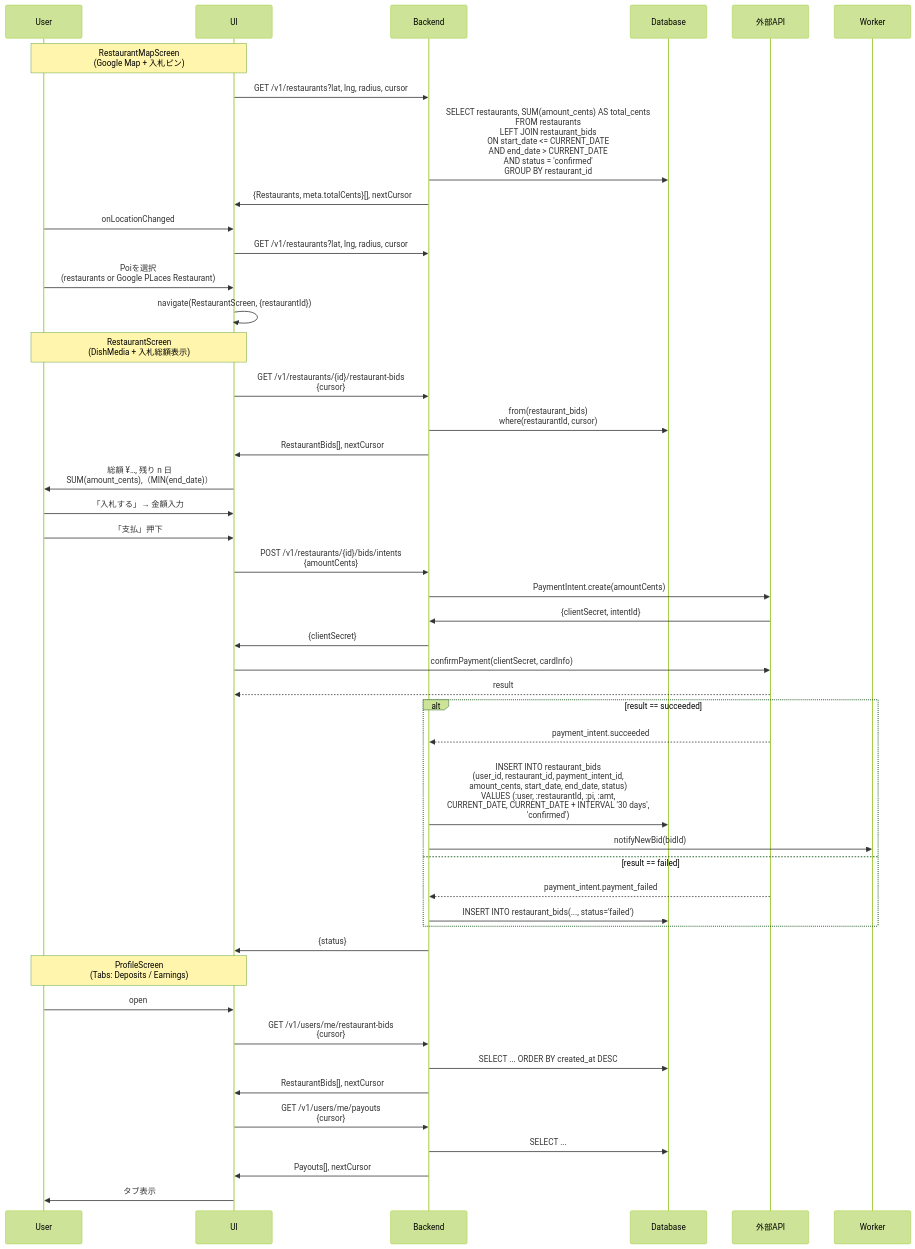
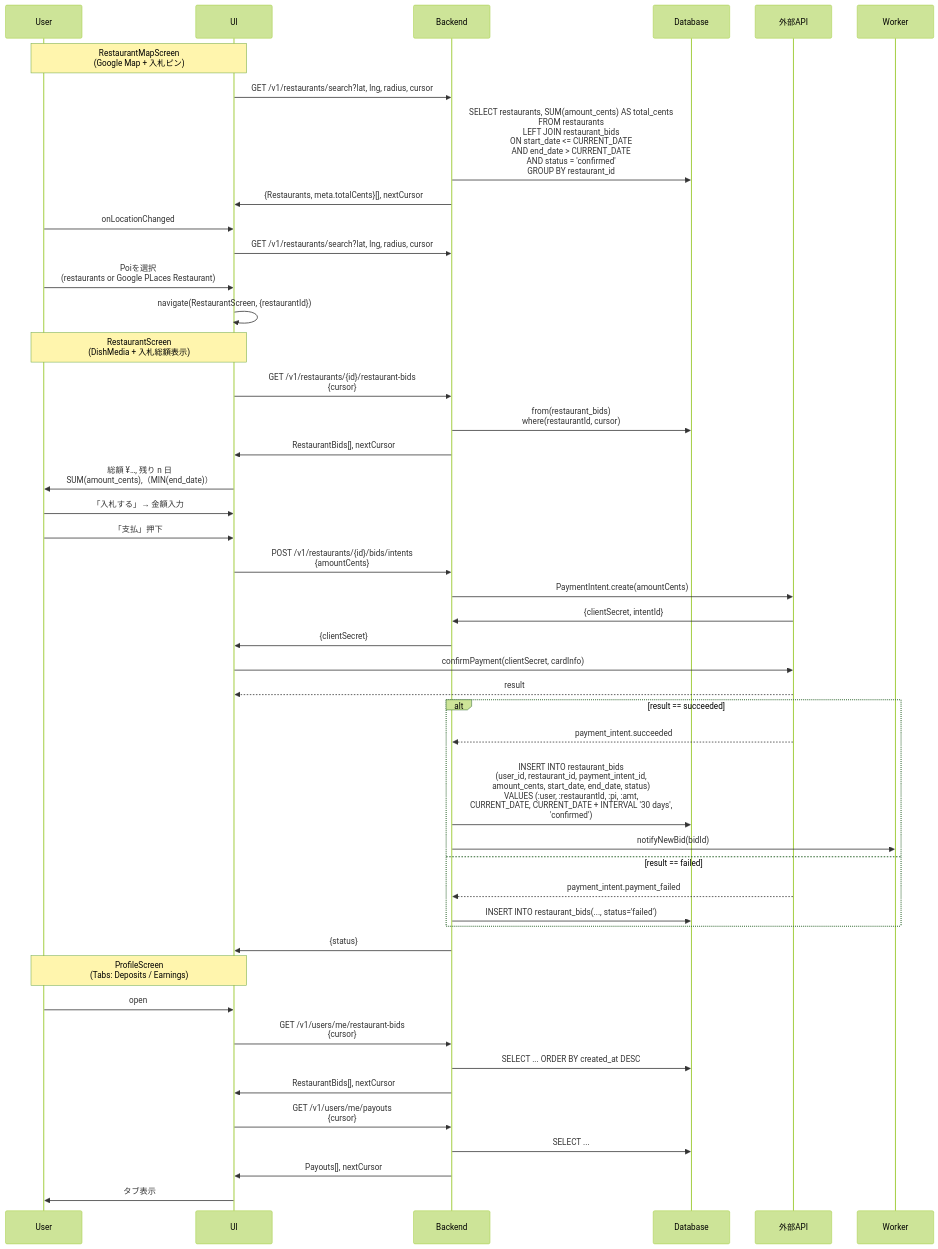
Before and after one commit to Ayato-kosaka/nanitabeyo: the diagram in docs/sequence/ads_bidding.mmd, drawn with Mermaid (forest theme). The commit also changed 3 other files, not shown here.

```diff
--- a/docs/sequence/ads_bidding.mmd
+++ b/docs/sequence/ads_bidding.mmd
@@ -1,57 +1,57 @@
 sequenceDiagram
     participant User
     participant UI
     participant Backend
     participant Database
     %% (Stripe / Google Places)
     participant ExternalAPI as 外部API  
     %% BullMQ / queue
     participant Worker     
 %% ─────────────────────────────────────────────────────────────────────────
     Note over User,UI: RestaurantMapScreen<br>(Google Map + 入札ピン)
-        UI ->> Backend: GET /v1/restaurants?lat, lng, radius, cursor
+        UI ->> Backend: GET /v1/restaurants/search?lat, lng, radius, cursor
             Backend ->> Database: SELECT restaurants, SUM(amount_cents) AS total_cents<br>FROM restaurants<br>LEFT JOIN restaurant_bids<br>ON start_date <= CURRENT_DATE<br>AND end_date   >  CURRENT_DATE<br>AND status = 'confirmed'<br>GROUP BY restaurant_id;
             Backend ->> UI: {Restaurants, meta.totalCents}[], nextCursor
     User ->> UI: onLocationChanged
-        UI ->> Backend: GET /v1/restaurants?lat, lng, radius, cursor
+        UI ->> Backend: GET /v1/restaurants/search?lat, lng, radius, cursor
     User ->> UI: Poiを選択<br>(restaurants or Google PLaces Restaurant)
         UI ->> UI: navigate(RestaurantScreen, {restaurantId})
 
 %% ─────────────────────────────────────────────────────────────
     Note over User,UI: RestaurantScreen<br>(DishMedia + 入札総額表示)
         UI ->> Backend: GET /v1/restaurants/{id}/restaurant-bids<br>{cursor}
             Backend ->> Database: from(restaurant_bids)<br>where(restaurantId, cursor);
             Backend ->> UI: RestaurantBids[], nextCursor
         UI ->> User: 総額 ¥…, 残り n 日<br>SUM(amount_cents),（MIN(end_date)）
     User ->> UI: 「入札する」→ 金額入力
     User ->> UI: 「支払」押下
         %% PaymentIntent 発行
         UI ->> Backend: POST /v1/restaurants/{id}/bids/intents<br>{amountCents}
             Backend ->> ExternalAPI: PaymentIntent.create(amountCents)
                 ExternalAPI ->> Backend: {clientSecret, intentId}
             Backend ->> UI: {clientSecret}
         %% カード決済
         UI ->> ExternalAPI: confirmPayment(clientSecret, cardInfo)
             ExternalAPI -->> UI: result
     alt result == succeeded
         %% Stripe Webhook
         ExternalAPI -->> Backend: payment_intent.succeeded
             Backend ->> Database: <br>INSERT INTO restaurant_bids<br>(user_id, restaurant_id, payment_intent_id,<br>amount_cents, start_date, end_date, status)<br>VALUES (:user, :restaurantId, :pi, :amt,<br>CURRENT_DATE, CURRENT_DATE + INTERVAL '30 days',<br>'confirmed');
             %% 通知キュー
             Backend ->> Worker: notifyNewBid(bidId)
     else result == failed
         ExternalAPI -->> Backend: payment_intent.payment_failed
             Backend ->> Database: INSERT INTO restaurant_bids(..., status='failed')
     end
     Backend ->> UI: {status}
 
 %% ─────────────────────────────────────────────────────────────
     Note over User,UI: ProfileScreen<br>(Tabs: Deposits / Earnings)
     User ->> UI: open
         UI ->> Backend: GET /v1/users/me/restaurant-bids<br>{cursor}
             Backend ->> Database: SELECT ... ORDER BY created_at DESC
             Backend ->> UI: RestaurantBids[], nextCursor
         UI ->> Backend: GET /v1/users/me/payouts<br>{cursor}
             Backend ->> Database: SELECT ...
             Backend ->> UI: Payouts[], nextCursor
         UI ->> User: タブ表示
```
